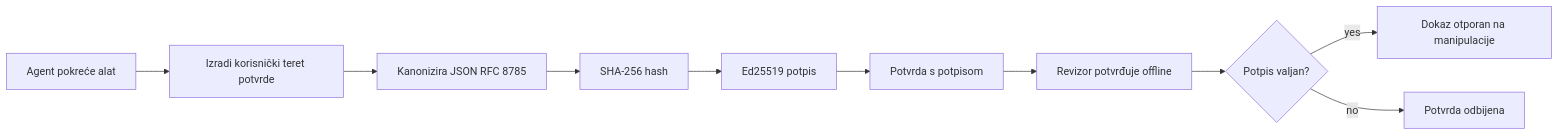
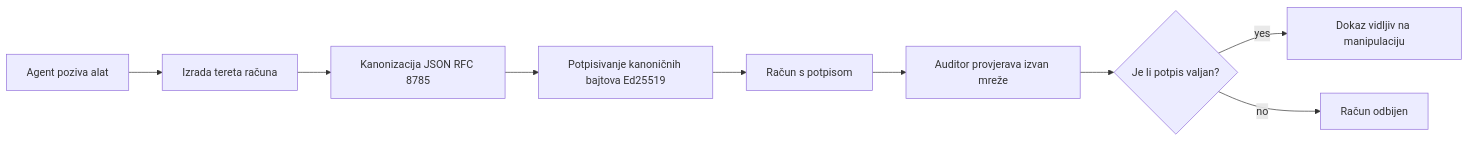
The first of 2 diagrams in translations/hr/18-securing-ai-agents/README.md (microsoft/ai-agents-for-beginners), drawn with Mermaid before and after one commit. The commit also changed other lines of this file and 47 other files, not shown here.

````diff
--- a/translations/hr/18-securing-ai-agents/README.md
+++ b/translations/hr/18-securing-ai-agents/README.md
@@ -51,12 +51,11 @@
 ```mermaid
 flowchart LR
-    A[Agent pokreće alat] --> B[Izradi korisnički teret potvrde]
-    B --> C[Kanonizira JSON RFC 8785]
-    C --> D[SHA-256 hash]
-    D --> E[Ed25519 potpis]
-    E --> F[Potvrda s potpisom]
-    F --> G[Revizor potvrđuje offline]
-    G --> H{Potpis valjan?}
-    H -- yes --> I[Dokaz otporan na manipulacije]
-    H -- no --> J[Potvrda odbijena]
+    A[Agent poziva alat] --> B[Izrada tereta računa]
+    B --> C[Kanonizacija JSON RFC 8785]
+    C --> E[Potpisivanje kanoničnih bajtova Ed25519]
+    E --> F[Račun s potpisom]
+    F --> G[Auditor provjerava izvan mreže]
+    G --> H{Je li potpis valjan?}
+    H -- yes --> I[Dokaz vidljiv na manipulaciju]
+    H -- no --> J[Račun odbijen]
 ```
````
